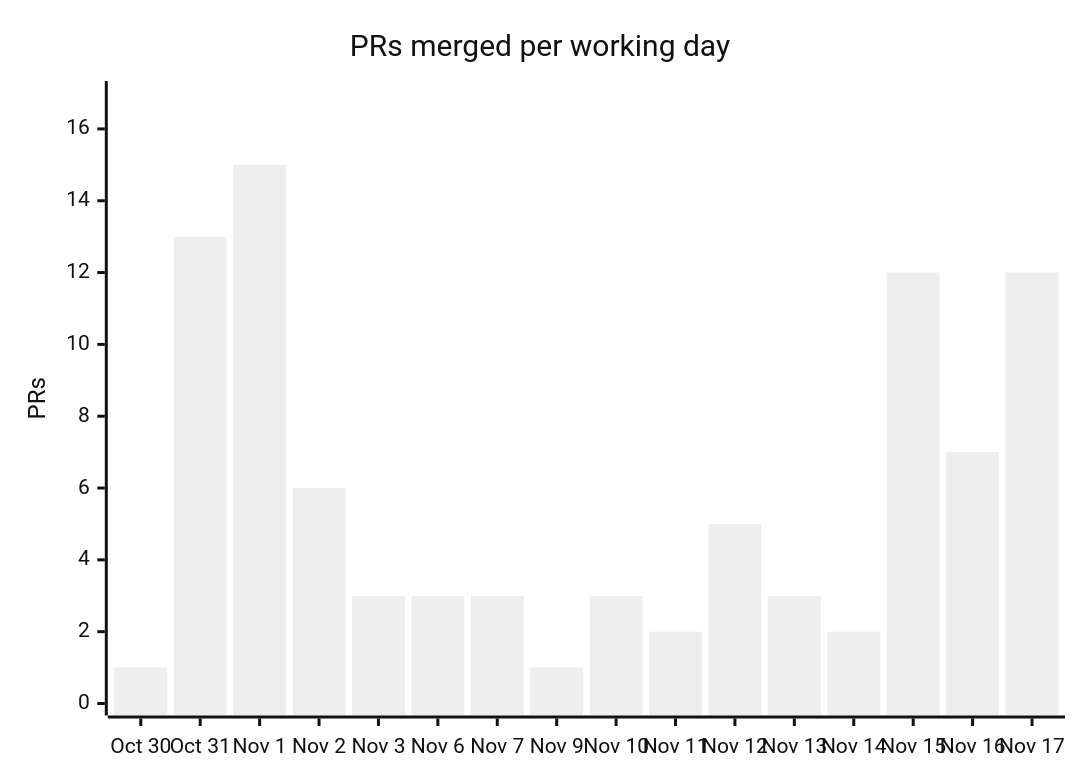
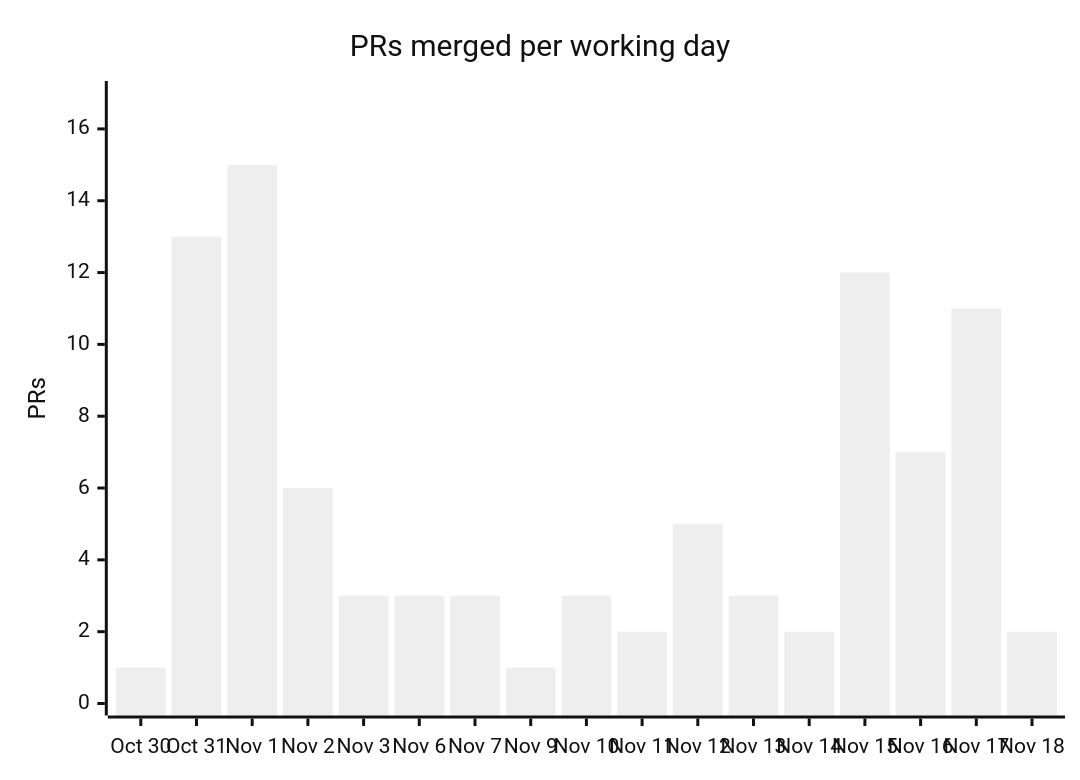
One commit to cmprssd/nfsh changed the fourth of 4 diagrams in docs/OVERVIEW.md. Above: the diagram before and after it, drawn with Mermaid (neutral theme). The commit also changed other lines of this file and 7 other files, not shown here.

````diff
--- a/docs/OVERVIEW.md
+++ b/docs/OVERVIEW.md
@@ -143,7 +143,7 @@
 ```mermaid
 xychart-beta
     title "PRs merged per working day"
-    x-axis ["Oct 30", "Oct 31", "Nov 1", "Nov 2", "Nov 3", "Nov 6", "Nov 7", "Nov 9", "Nov 10", "Nov 11", "Nov 12", "Nov 13", "Nov 14", "Nov 15", "Nov 16", "Nov 17"]
+    x-axis ["Oct 30", "Oct 31", "Nov 1", "Nov 2", "Nov 3", "Nov 6", "Nov 7", "Nov 9", "Nov 10", "Nov 11", "Nov 12", "Nov 13", "Nov 14", "Nov 15", "Nov 16", "Nov 17", "Nov 18"]
     y-axis "PRs" 0 --> 17
-    bar [1, 13, 15, 6, 3, 3, 3, 1, 3, 2, 5, 3, 2, 12, 7, 12]
+    bar [1, 13, 15, 6, 3, 3, 3, 1, 3, 2, 5, 3, 2, 12, 7, 11, 2]
 ```
````
